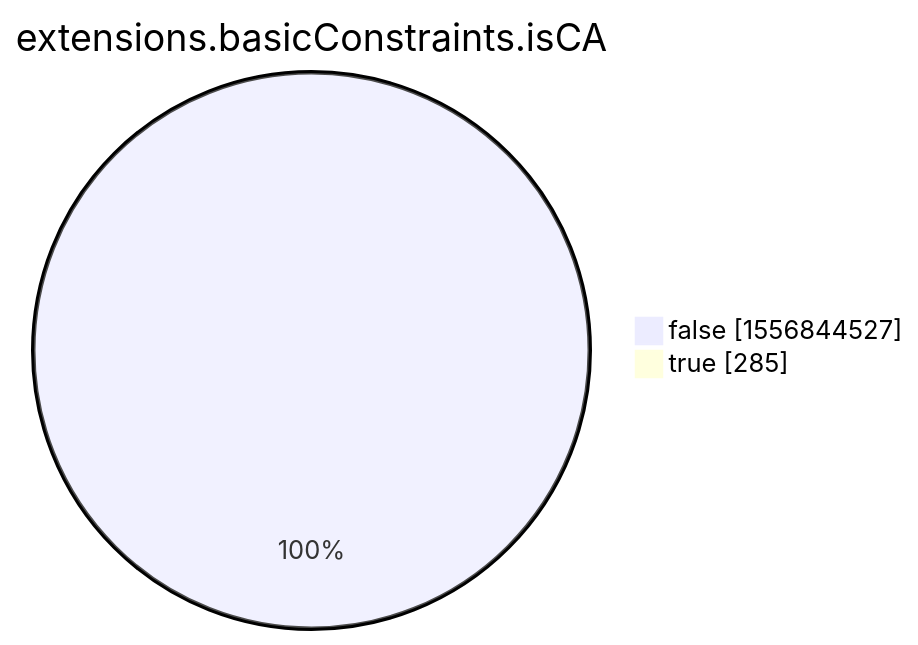
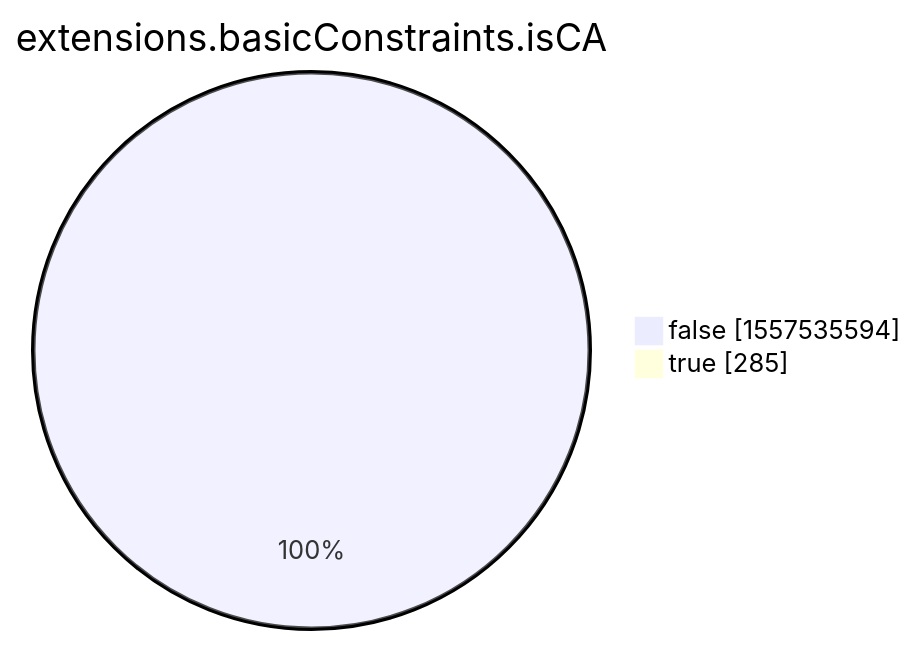
The eighth of 15 diagrams in xenon2022/README.md (christiankrug/ctmonitor_visualization), drawn with Mermaid before and after one commit. The commit also changed other lines of this file, not shown here.

````diff
--- a/xenon2022/README.md
+++ b/xenon2022/README.md
@@ -2860,6 +2860,6 @@
 ```mermaid
 pie showData
 title extensions.basicConstraints.isCA
-"false" :1556844527
+"false" :1557535594
 "true" :285
 ```
````
